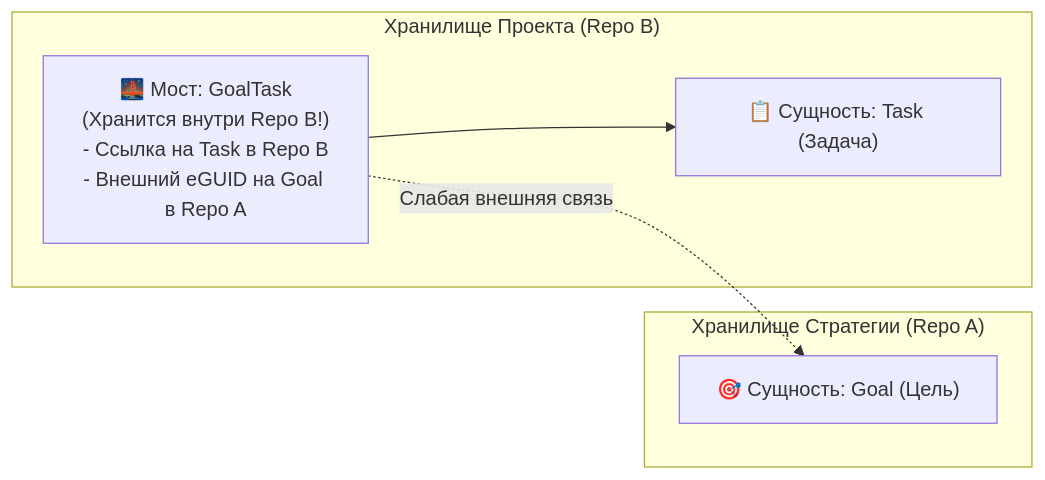
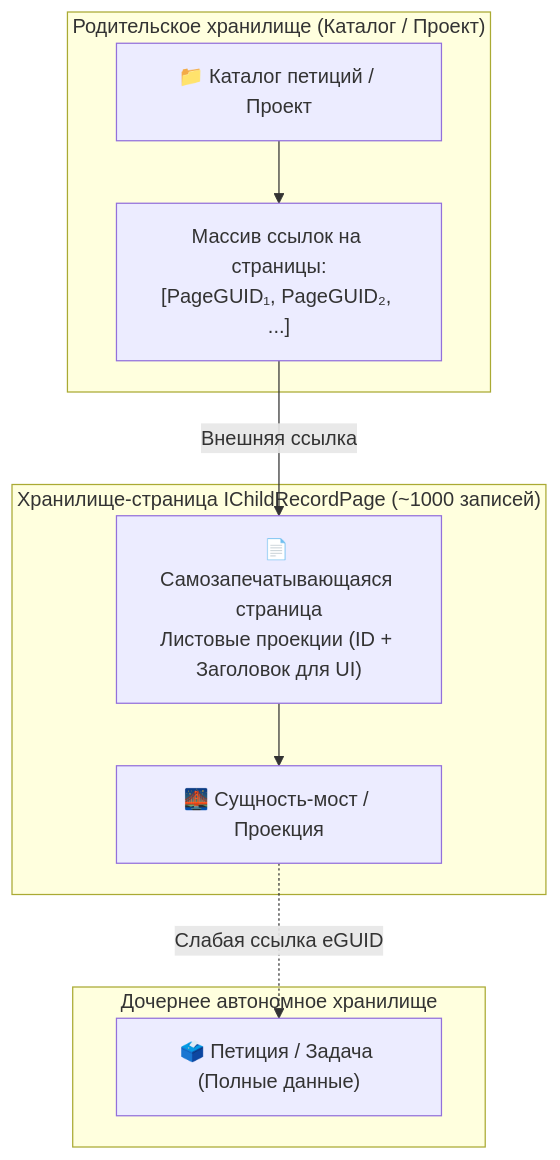
Before and after one commit to Data-Independence-Network/presentations: the seventh of 11 diagrams in architecture_presentations/02_leaf_storage_engine/docs/presentation_deck.md, drawn with Mermaid. The commit also changed other lines of this file and 23 other files, not shown here.

```diff
--- a/architecture_presentations/02_leaf_storage_engine/docs/presentation_deck.md
+++ b/architecture_presentations/02_leaf_storage_engine/docs/presentation_deck.md
@@ -447,14 +447,21 @@
         <div class="mermaid">
-graph LR
-    subgraph RepoA["Хранилище Стратегии (Repo A)"]
-        Goal["🎯 Сущность: Goal (Цель)"]
+graph TB
+    subgraph ParentRepo["Родительское хранилище (Каталог / Проект)"]
+        Parent["📁 Каталог петиций / Проект"]
+        PagesList["Массив ссылок на страницы:<br/>[PageGUID₁, PageGUID₂, ...]"]
+        Parent --> PagesList
     end
 
-    subgraph RepoB["Хранилище Проекта (Repo B)"]
-        Bridge["🌉 Мост: GoalTask<br/>(Хранится внутри Repo B!)<br/>- Ссылка на Task в Repo B<br/>- Внешний eGUID на Goal в Repo A"]
-        Task["📋 Сущность: Task (Задача)"]
-        Bridge --> Task
+    subgraph PageRepo["Хранилище-страница IChildRecordPage (~1000 записей)"]
+        Page["📄 Самозапечатывающаяся страница<br/>Листовые проекции (ID + Заголовок для UI)"]
+        Bridge["🌉 Сущность-мост / Проекция"]
+        Page --> Bridge
     end
 
-    Bridge -.->|Слабая внешняя связь| Goal
+    subgraph ChildRepo["Дочернее автономное хранилище"]
+        ChildFull["🗳️ Петиция / Задача (Полные данные)"]
+    end
+
+    PagesList -->|Внешняя ссылка| Page
+    Bridge -.->|Слабая ссылка eGUID| ChildFull
         </div>
```
